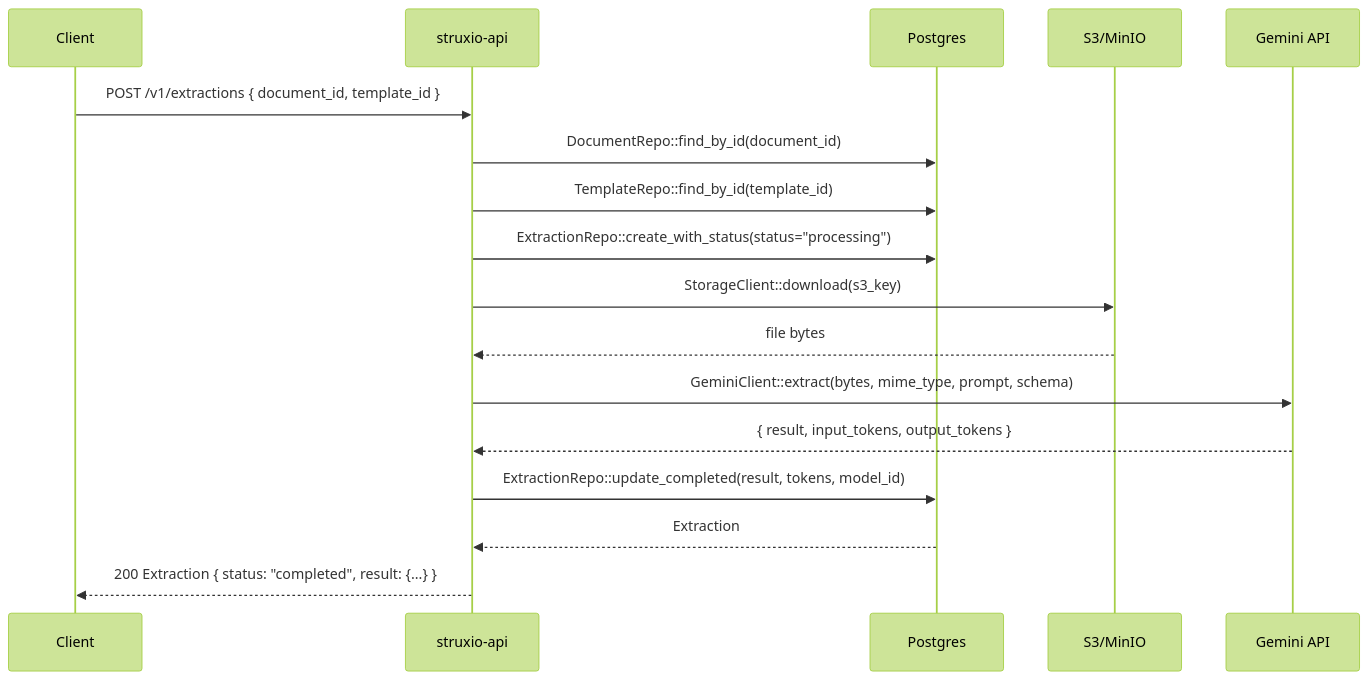
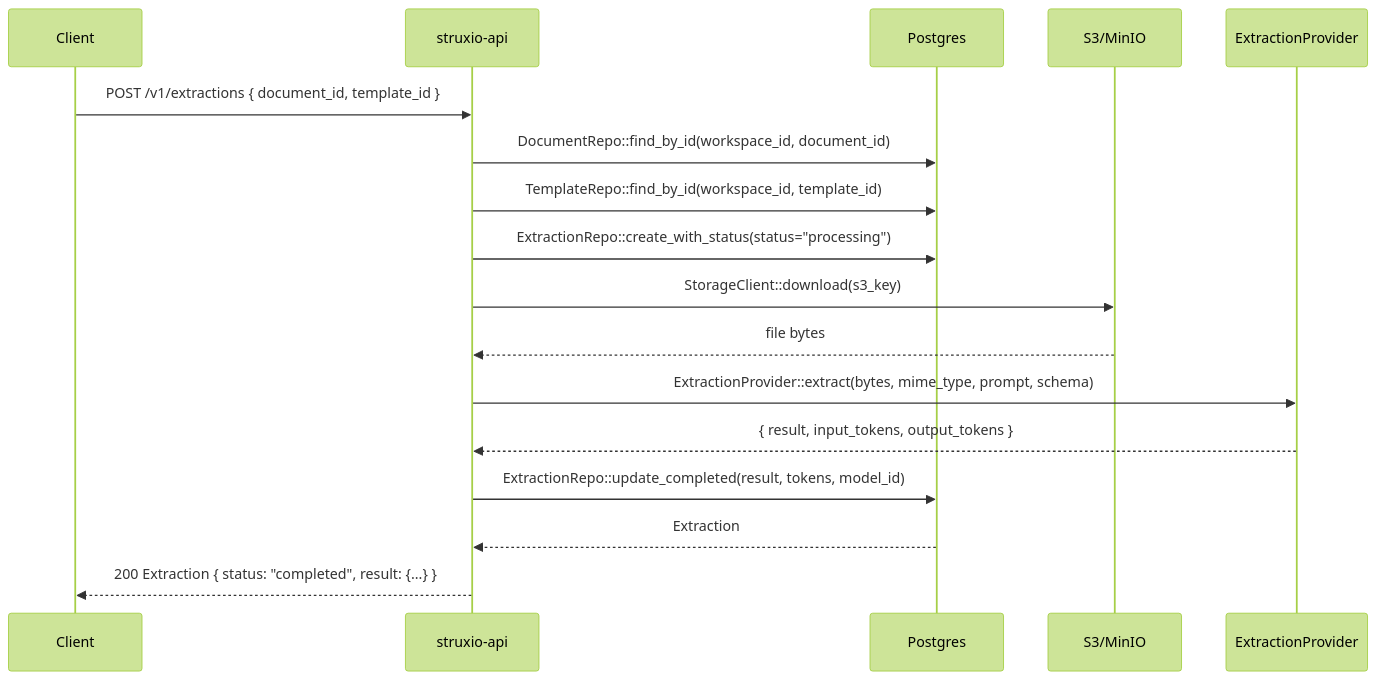
One commit to Struxio/struxio changed the third of 5 diagrams in ARCHITECTURE.md. Above: the diagram before and after it, drawn with Mermaid (forest theme). The commit also changed other lines of this file and 8 other files, not shown here.

````diff
--- a/ARCHITECTURE.md
+++ b/ARCHITECTURE.md
@@ -169,20 +174,20 @@
 ```mermaid
 sequenceDiagram
     participant C as Client
     participant API as struxio-api
     participant DB as Postgres
     participant S3 as S3/MinIO
-    participant G as Gemini API
+    participant P as ExtractionProvider
 
     C->>API: POST /v1/extractions { document_id, template_id }
-    API->>DB: DocumentRepo::find_by_id(document_id)
-    API->>DB: TemplateRepo::find_by_id(template_id)
+    API->>DB: DocumentRepo::find_by_id(workspace_id, document_id)
+    API->>DB: TemplateRepo::find_by_id(workspace_id, template_id)
     API->>DB: ExtractionRepo::create_with_status(status="processing")
     API->>S3: StorageClient::download(s3_key)
     S3-->>API: file bytes
-    API->>G: GeminiClient::extract(bytes, mime_type, prompt, schema)
-    G-->>API: { result, input_tokens, output_tokens }
+    API->>P: ExtractionProvider::extract(bytes, mime_type, prompt, schema)
+    P-->>API: { result, input_tokens, output_tokens }
     API->>DB: ExtractionRepo::update_completed(result, tokens, model_id)
     DB-->>API: Extraction
     API-->>C: 200 Extraction { status: "completed", result: {...} }
 ```
````
